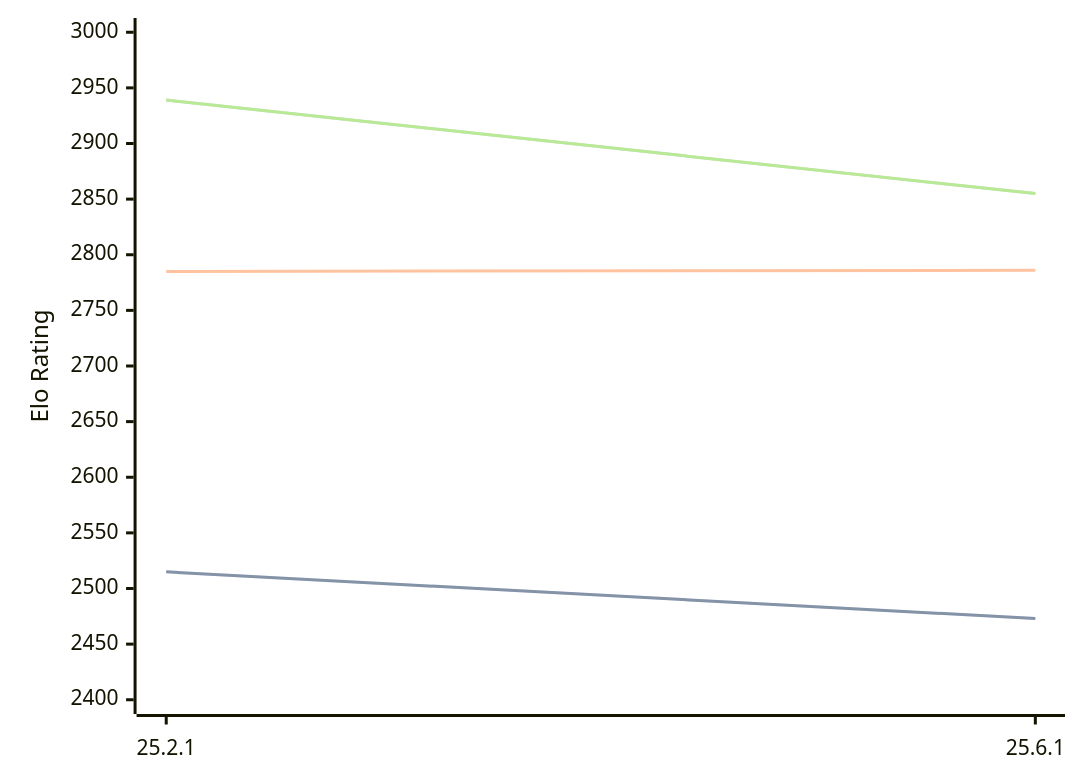
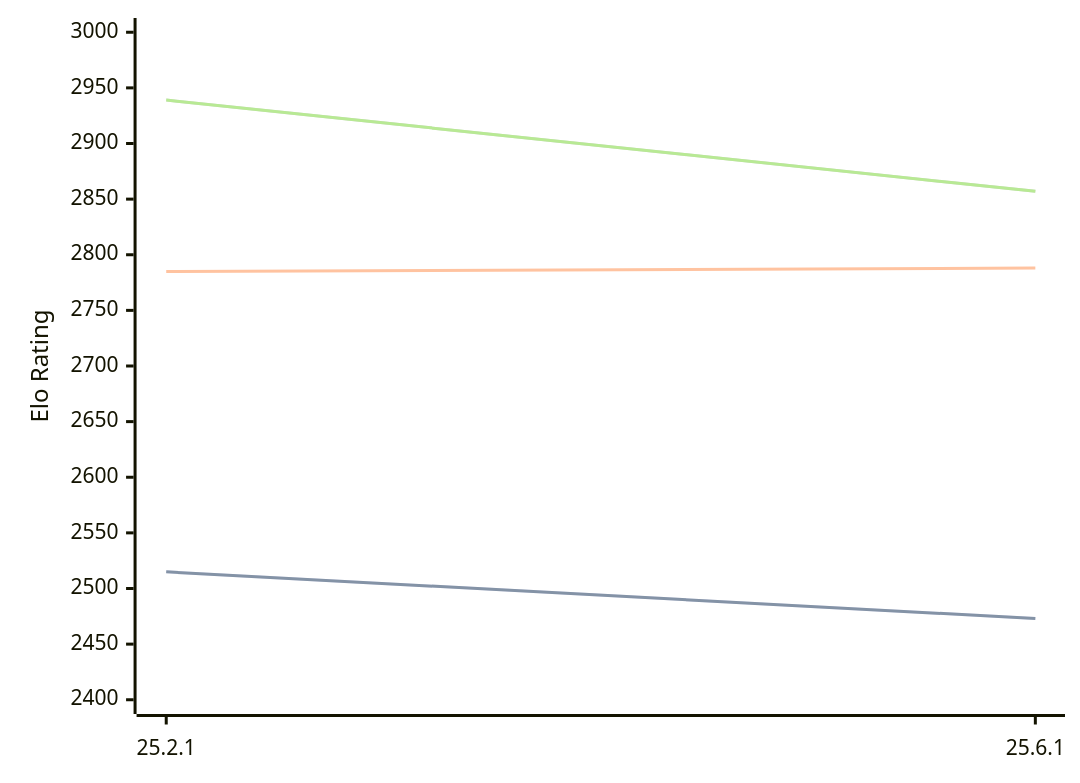
One commit to computer-chess-index/cci changed the diagram in engines/Crafty.md. Above: the diagram before and after it, drawn with Mermaid. The commit also changed other lines of this file, not shown here.

Commit message:
Update CCI Ratings (ELO VLTC) - 2026-10-08

````diff
--- a/engines/Crafty.md
+++ b/engines/Crafty.md
@@ -32,11 +32,11 @@
 ```mermaid
 %%{init: {"theme":"base","themeVariables":{"seriesColors:['#a3a3a3','#222221','#faa371']}}}%%
 xychart-beta
   x-axis ["25.2.1", "25.6.1"]
   y-axis "Elo Rating" 2400 --> 3000
   line "" [2515, 2473]
   line "STC (8.0+0.08s)" [2515, 2473]
-  line "LTC (60.0+0.60s)" [2785, 2786]
-  line "" [2939, 2855]
-  line "VLTC (2m24s+1.12s)" [2939, 2855]
+  line "LTC (60.0+0.60s)" [2785, 2788]
+  line "" [2939, 2857]
+  line "VLTC (2m24s+1.12s)" [2939, 2857]
 ```
````
